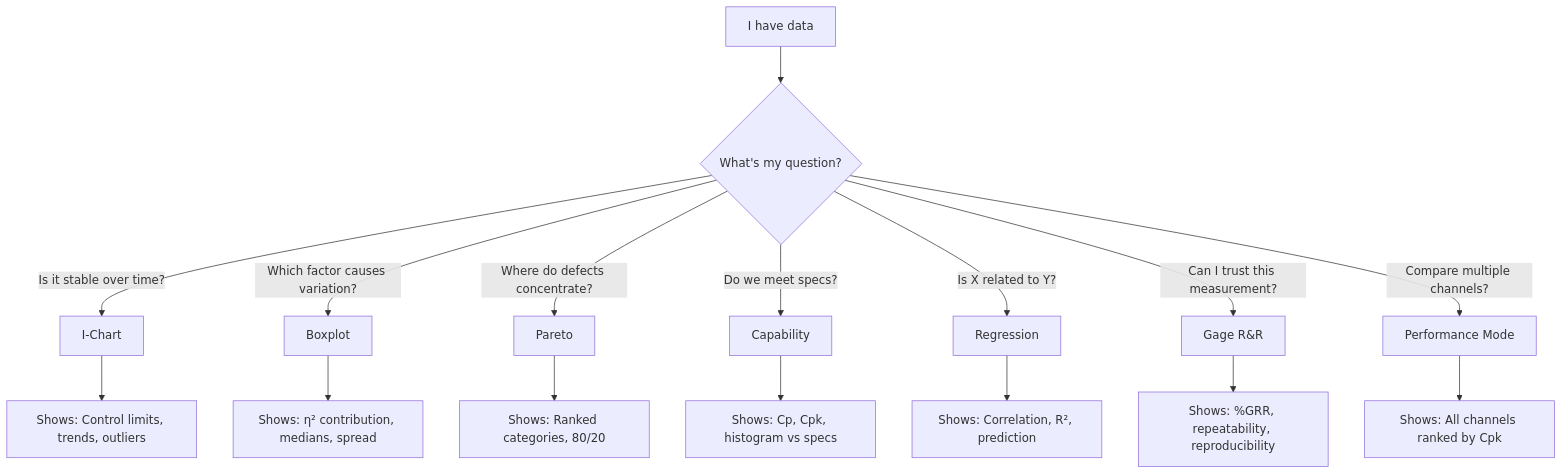
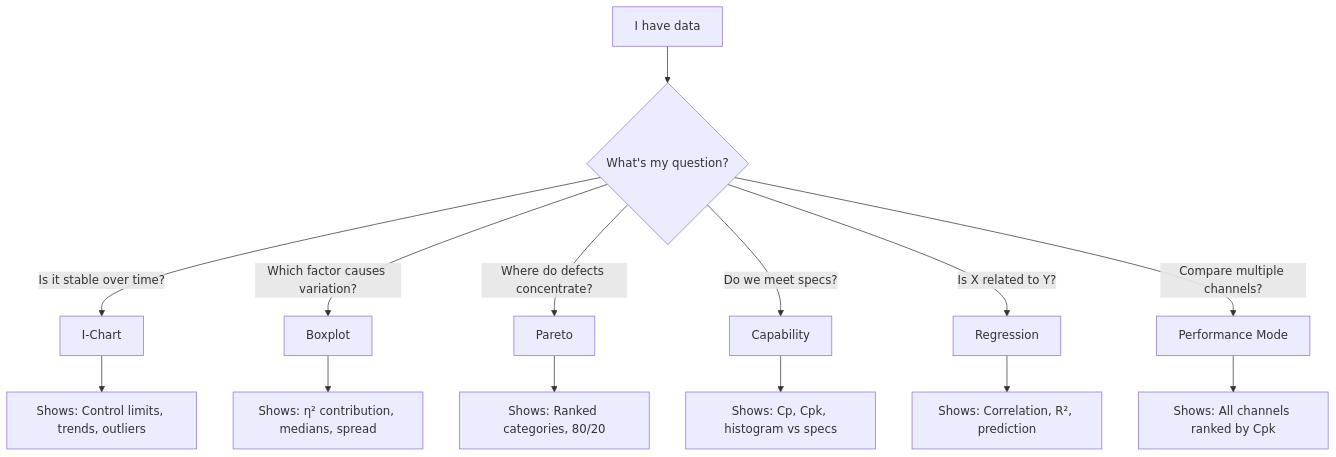
One commit to jukka-matti/variscout changed the first of 7 diagrams in docs/03-features/workflows/decision-trees.md. Above: the diagram before and after it, drawn with Mermaid. The commit also changed other lines of this file and 85 other files, not shown here.

````diff
--- a/docs/03-features/workflows/decision-trees.md
+++ b/docs/03-features/workflows/decision-trees.md
@@ -7,20 +7,18 @@
 ```mermaid
 flowchart TD
     A[I have data] --> B{What's my question?}
 
     B -->|"Is it stable over time?"| C[I-Chart]
     B -->|"Which factor causes variation?"| D[Boxplot]
     B -->|"Where do defects concentrate?"| E[Pareto]
     B -->|"Do we meet specs?"| F[Capability]
     B -->|"Is X related to Y?"| G[Regression]
-    B -->|"Can I trust this measurement?"| H[Gage R&R]
     B -->|"Compare multiple channels?"| I[Performance Mode]
 
     C --> C1["Shows: Control limits, trends, outliers"]
     D --> D1["Shows: η² contribution, medians, spread"]
     E --> E1["Shows: Ranked categories, 80/20"]
     F --> F1["Shows: Cp, Cpk, histogram vs specs"]
     G --> G1["Shows: Correlation, R², prediction"]
-    H --> H1["Shows: %GRR, repeatability, reproducibility"]
     I --> I1["Shows: All channels ranked by Cpk"]
 ```
````
